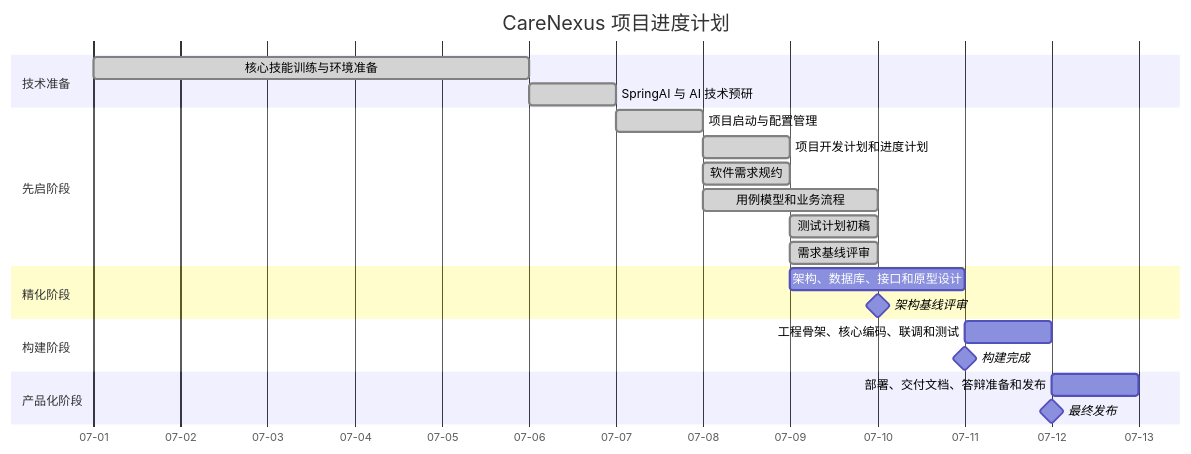
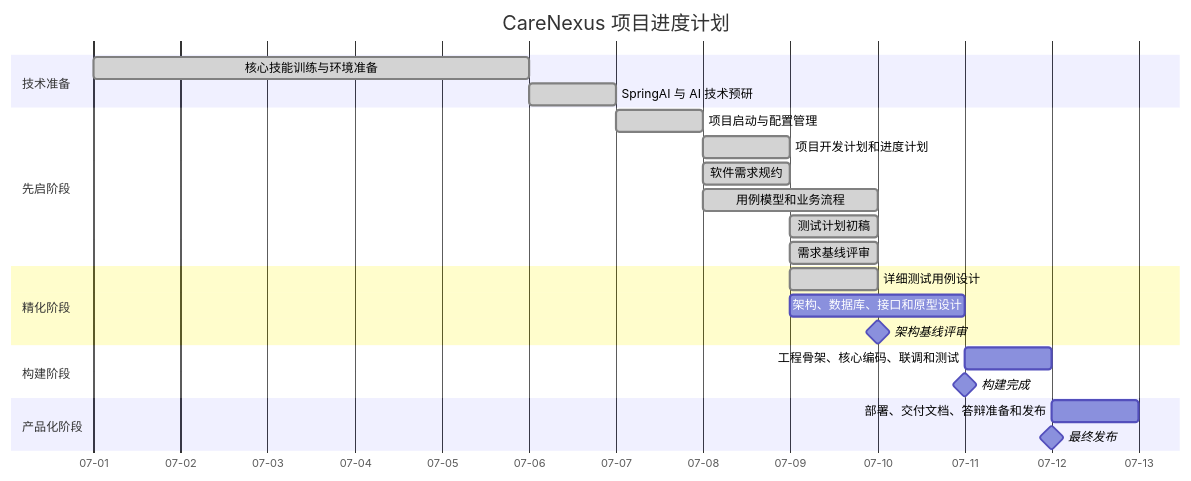
Before and after one commit to thesantaana/Care-Nexus: the diagram in docs/plans/项目进度计划.md, drawn with Mermaid. The commit also changed other lines of this file and 5 other files, not shown here.

````diff
--- a/docs/plans/项目进度计划.md
+++ b/docs/plans/项目进度计划.md
@@ -99,30 +99,31 @@
 ```mermaid
 gantt
     title CareNexus 项目进度计划
     dateFormat  YYYY-MM-DD
     axisFormat  %m-%d
 
     section 技术准备
     核心技能训练与环境准备 :done, prep1, 2026-07-01, 5d
     SpringAI 与 AI 技术预研 :done, prep2, 2026-07-06, 1d
 
     section 先启阶段
     项目启动与配置管理 :done, inc1, 2026-07-07, 1d
     项目开发计划和进度计划 :done, inc2, 2026-07-08, 1d
     软件需求规约 :done, inc3, 2026-07-08, 1d
     用例模型和业务流程 :done, inc4, 2026-07-08, 2d
     测试计划初稿 :done, inc5, 2026-07-09, 1d
     需求基线评审 :done, m1, 2026-07-09, 1d
 
     section 精化阶段
+    详细测试用例设计 :done, ela-test, 2026-07-09, 1d
     架构、数据库、接口和原型设计 :ela1, 2026-07-09, 2d
     架构基线评审 :milestone, m2, 2026-07-10, 0d
 
     section 构建阶段
     工程骨架、核心编码、联调和测试 :con1, 2026-07-11, 1d
     构建完成 :milestone, m3, 2026-07-11, 0d
 
     section 产品化阶段
     部署、交付文档、答辩准备和发布 :tra1, 2026-07-12, 1d
     最终发布 :milestone, m4, 2026-07-12, 0d
 ```
````
